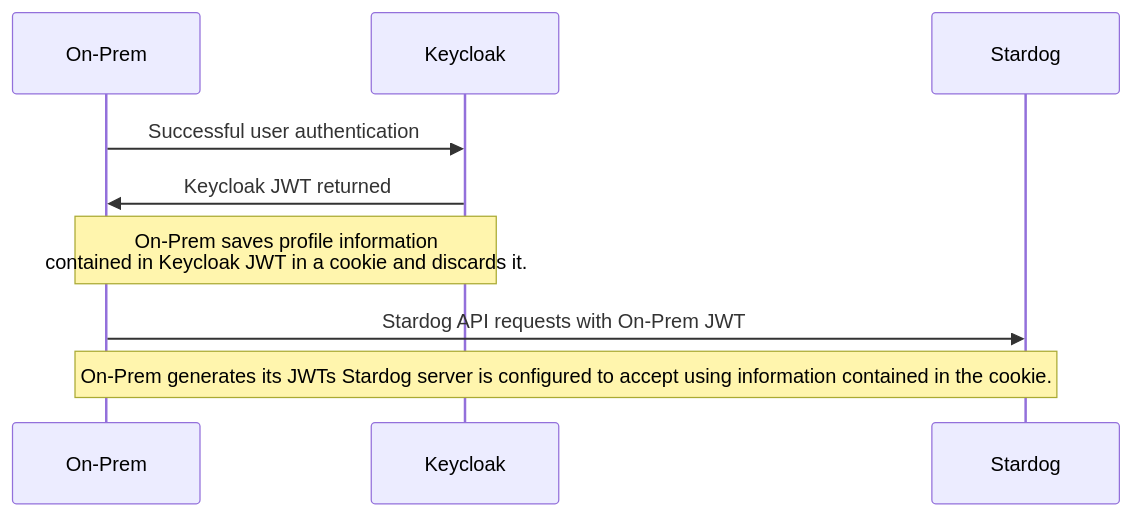
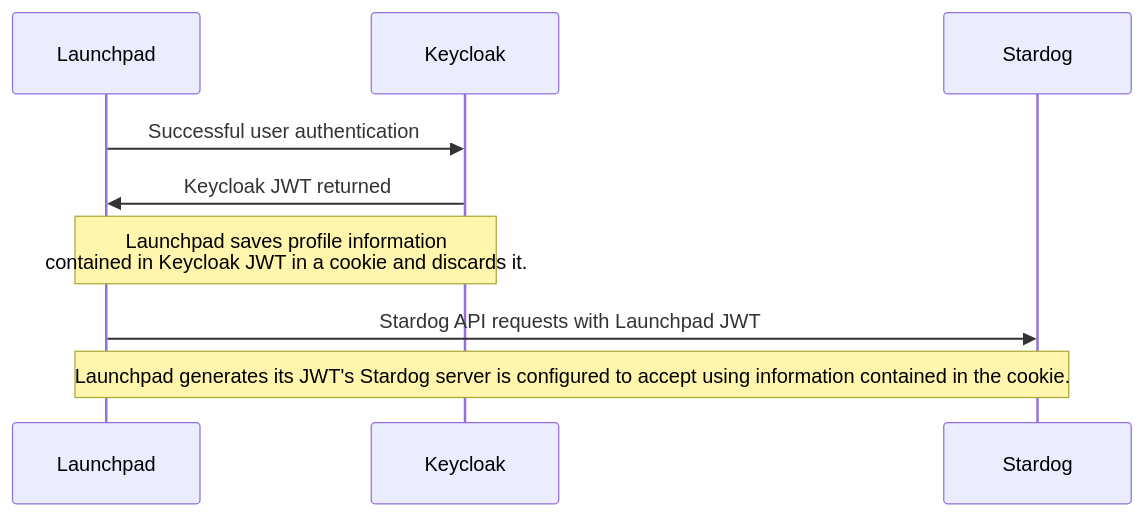
The diagram in keycloak/README.md (stardog-union/launchpad-docs), drawn with Mermaid before and after one commit. The commit also changed other lines of this file and 12 other files, not shown here.

````diff
--- a/keycloak/README.md
+++ b/keycloak/README.md
@@ -32,8 +32,8 @@
 ```mermaid
 sequenceDiagram
-  On-Prem->>Keycloak: Successful user authentication
-  Keycloak->>On-Prem: Keycloak JWT returned
-  Note over Keycloak,On-Prem: On-Prem saves profile information <br> contained in Keycloak JWT in a cookie and discards it.
-  On-Prem->>Stardog: Stardog API requests with On-Prem JWT
-  Note over On-Prem,Stardog: On-Prem generates its JWTs Stardog server is configured to accept using information contained in the cookie.
+  Launchpad->>Keycloak: Successful user authentication
+  Keycloak->>Launchpad: Keycloak JWT returned
+  Note over Keycloak,Launchpad: Launchpad saves profile information <br> contained in Keycloak JWT in a cookie and discards it.
+  Launchpad->>Stardog: Stardog API requests with Launchpad JWT
+  Note over Launchpad,Stardog: Launchpad generates its JWT's Stardog server is configured to accept using information contained in the cookie.
 ```
````
